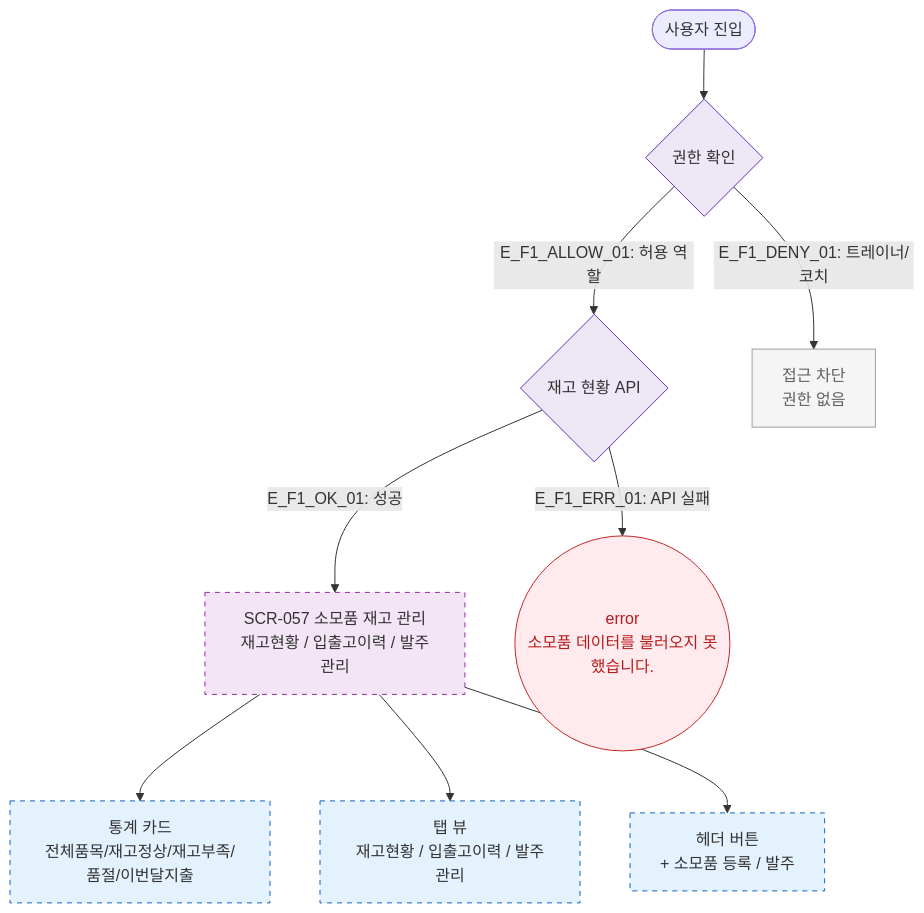
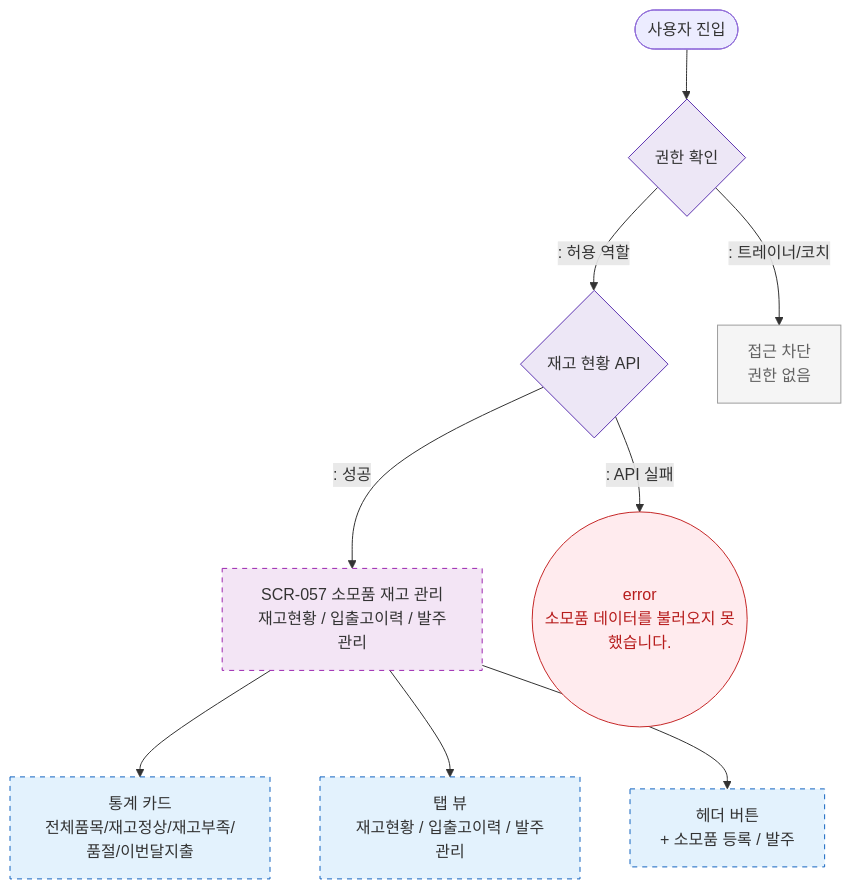
The diagram in docs/다이어그램/D06_시설관리/SCR-057_소모품재고관리/F1_진입.md (dev-spogym/admin-pando), drawn with Mermaid before and after one commit. The commit also changed other lines of this file and 1660 other files, not shown here.

First line of the commit message:
다이어그램: 기획자/클라이언트 납품본으로 정리

````diff
--- a/docs/다이어그램/D06_시설관리/SCR-057_소모품재고관리/F1_진입.md
+++ b/docs/다이어그램/D06_시설관리/SCR-057_소모품재고관리/F1_진입.md
@@ -16,25 +14,25 @@
 ```mermaid
 flowchart TD
     START([사용자 진입]) --> AuthCheck{권한 확인}
 
-    AuthCheck -->|"E_F1_ALLOW_01: 허용 역할"| LoadAPI{재고 현황 API}
-    AuthCheck -->|"E_F1_DENY_01: 트레이너/코치"| Blocked[접근 차단\n권한 없음]
+    AuthCheck -->|": 허용 역할"|LoadAPI{재고 현황 API}
+    AuthCheck -->|": 트레이너/코치"|Blocked[접근 차단\n권한 없음]
 
-    LoadAPI -->|"E_F1_OK_01: 성공"| SCR_057[SCR-057 소모품 재고 관리\n재고현황 / 입출고이력 / 발주관리]
-    LoadAPI -->|"E_F1_ERR_01: API 실패"| ErrToast((error\n소모품 데이터를 불러오지 못했습니다.))
+    LoadAPI -->|": 성공"|SCR_057[SCR-057 소모품 재고 관리\n재고현황 / 입출고이력 / 발주관리]
+    LoadAPI -->|": API 실패"|ErrToast((error\n소모품 데이터를 불러오지 못했습니다.))
 
     SCR_057 --> StatCards[통계 카드\n전체품목/재고정상/재고부족/품절/이번달지출]
     SCR_057 --> TabView[탭 뷰\n재고현황 / 입출고이력 / 발주관리]
     SCR_057 --> HeaderBtns[헤더 버튼\n+ 소모품 등록 / 발주]
 
     classDef newFeature fill:#F3E5F5,stroke:#9C27B0,stroke-dasharray:5 5
     classDef screen fill:#E3F2FD,stroke:#1565C0,stroke-dasharray:5 5
     classDef error fill:#FFEBEE,stroke:#C62828,color:#B71C1C
     classDef rbacBlocked fill:#F5F5F5,stroke:#9E9E9E,color:#616161
     classDef system fill:#EDE7F6,stroke:#5E35B2
     class SCR_057 newFeature
     class StatCards,TabView,HeaderBtns screen
     class ErrToast error
     class Blocked rbacBlocked
     class AuthCheck,LoadAPI system
 ```
````
